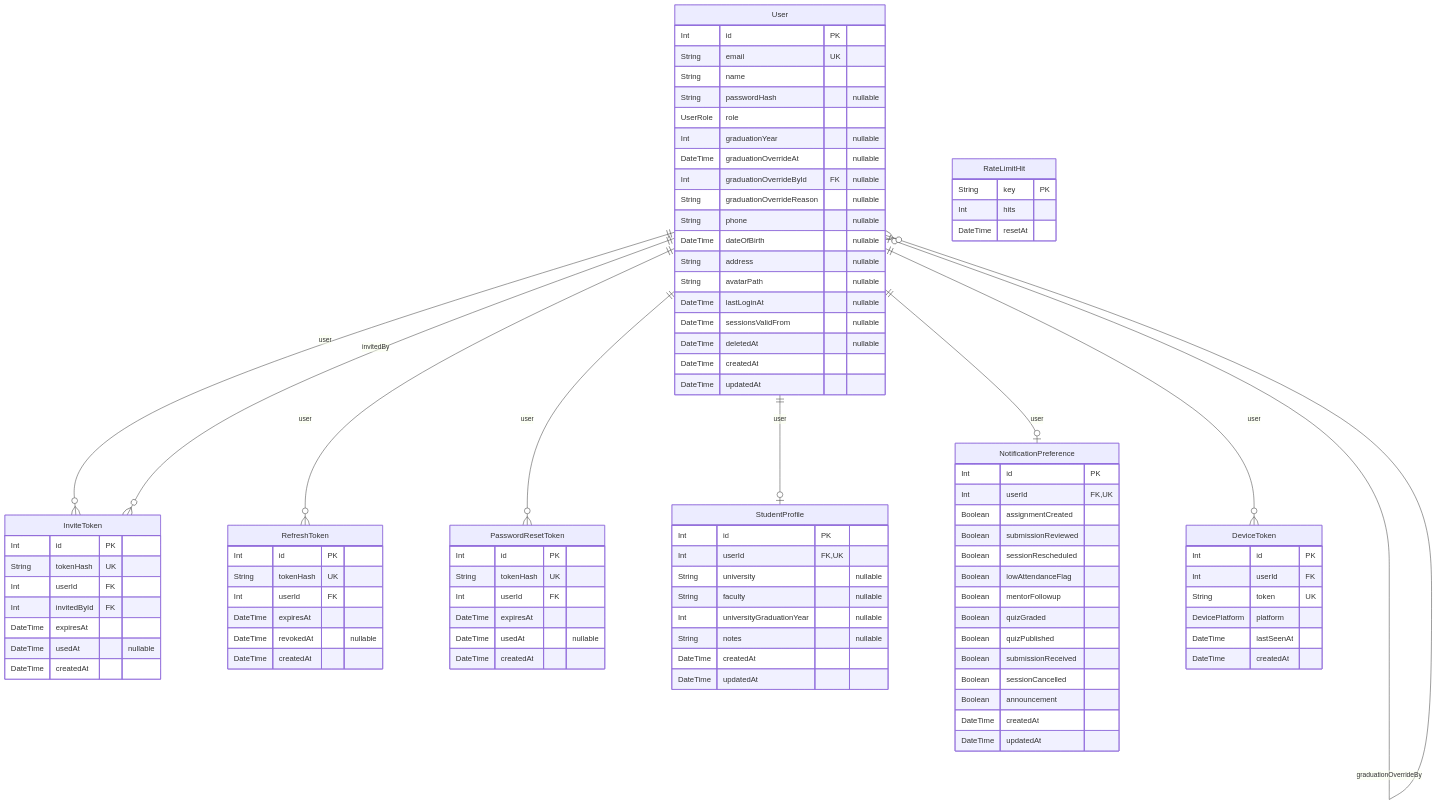
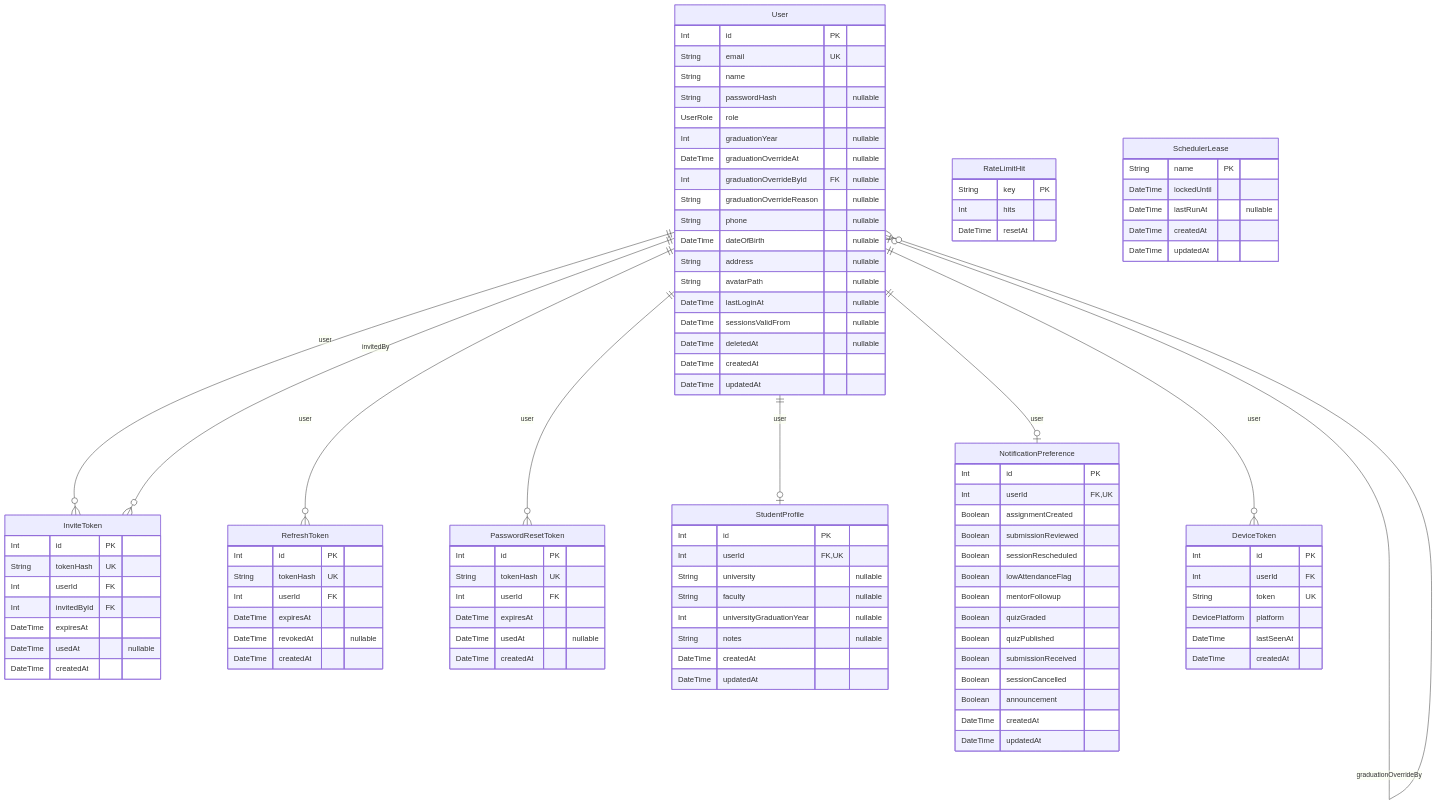
The first of 7 diagrams in docs/database/erd.md (MarkBotros0/space-v2), drawn with Mermaid before and after one commit. The commit also changed 15 other files, not shown here.

First line of the commit message:
feat(backend): request-driven scheduler with a database lease

````diff
--- a/docs/database/erd.md
+++ b/docs/database/erd.md
@@ -103,4 +103,11 @@
     Int hits
     DateTime resetAt
   }
+  SchedulerLease {
+    String name PK
+    DateTime lockedUntil
+    DateTime lastRunAt "nullable"
+    DateTime createdAt
+    DateTime updatedAt
+  }
 ```
````
